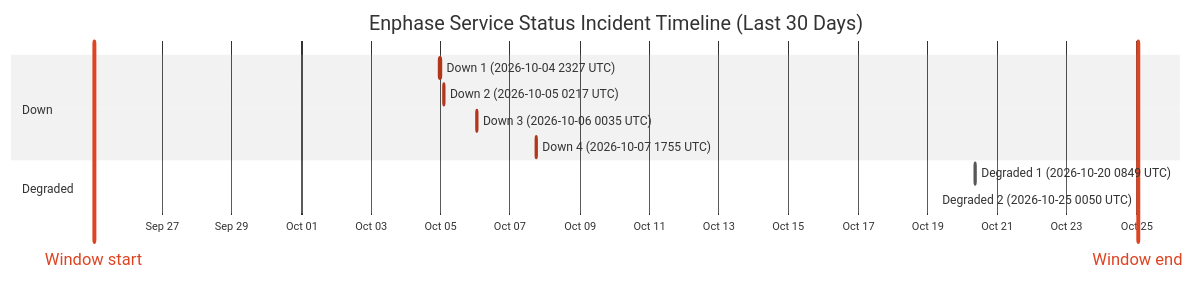
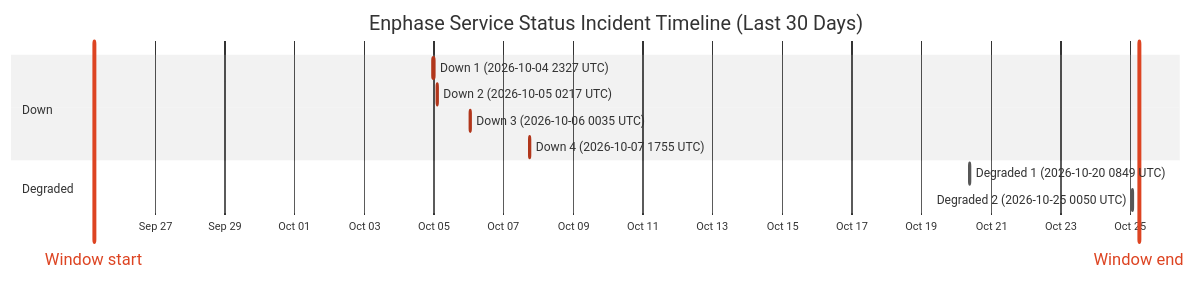
The diagram in wiki/Service-Status-History.md (barneyonline/ha-enphase-energy), drawn with Mermaid (neutral theme) before and after one commit. The commit also changed other lines of this file and 5 other files, not shown here.

````diff
--- a/wiki/Service-Status-History.md
+++ b/wiki/Service-Status-History.md
@@ -14,16 +14,16 @@
 ```mermaid
 gantt
     title Enphase Service Status Incident Timeline (Last 30 Days)
     dateFormat  YYYY-MM-DDTHH:mm:ss
     axisFormat  %b %d
-    Window start :vert, window-start, 2026-09-25T00:50:01, 0ms
-    Window end :vert, window-end, 2026-10-25T00:50:01, 0ms
+    Window start :vert, window-start, 2026-09-25T05:41:45, 0ms
+    Window end :vert, window-end, 2026-10-25T05:41:45, 0ms
     section Down
     Down 1 (2026-10-04 2327 UTC) :crit, down-1, 2026-10-04T23:27:34, 60m
     Down 2 (2026-10-05 0217 UTC) :crit, down-2, 2026-10-05T02:17:30, 60m
     Down 3 (2026-10-06 0035 UTC) :crit, down-3, 2026-10-06T00:35:21, 60m
     Down 4 (2026-10-07 1755 UTC) :crit, down-4, 2026-10-07T17:55:16, 60m
     section Degraded
     Degraded 1 (2026-10-20 0849 UTC) :active, degraded-1, 2026-10-20T08:49:49, 60m
     Degraded 2 (2026-10-25 0050 UTC) :active, degraded-2, 2026-10-25T00:50:01, 60m
 ```
````
